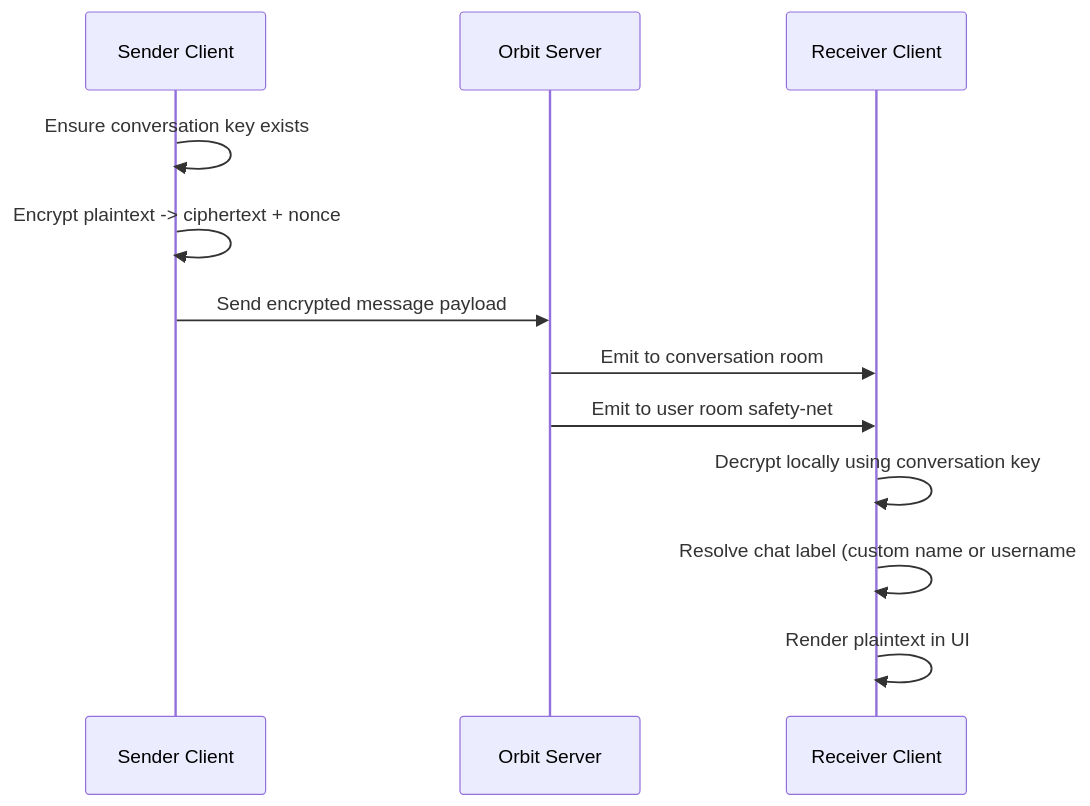
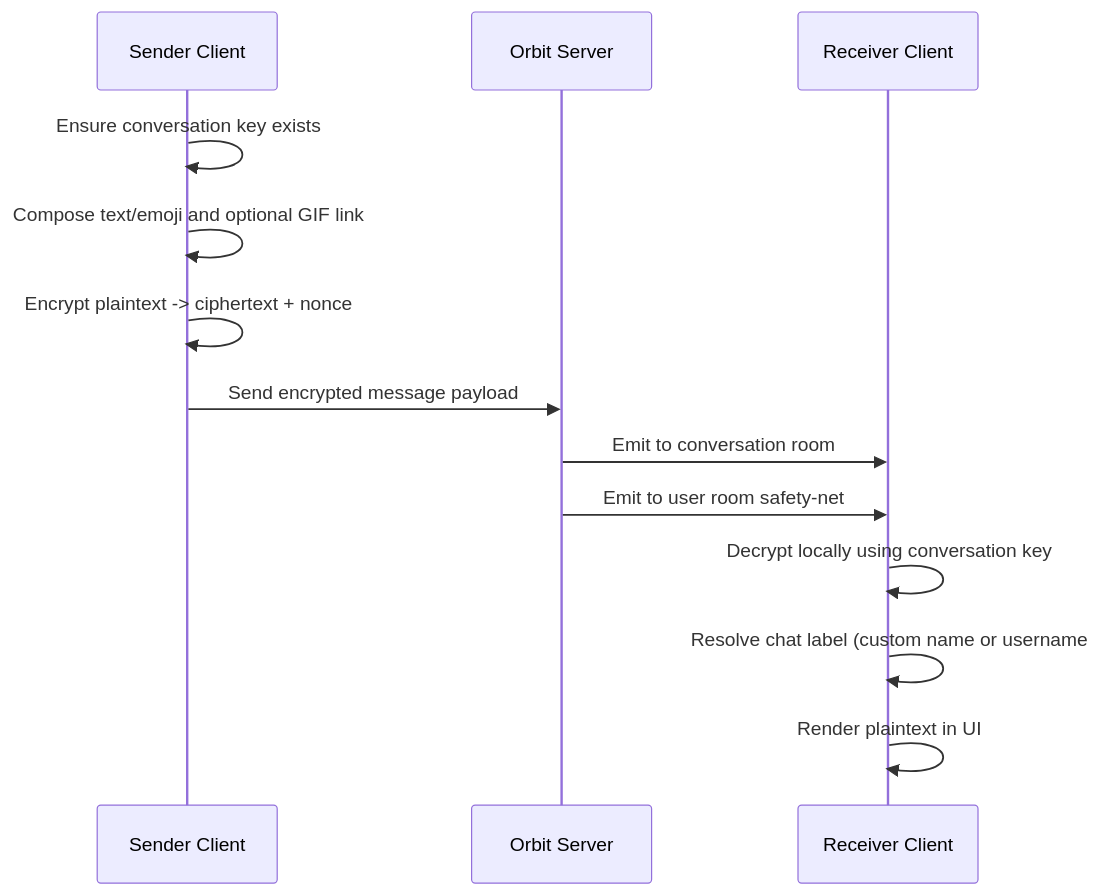
One commit to orbit-chat/orbit-chat changed the second of 5 diagrams in README.md. Above: the diagram before and after it, drawn with Mermaid. The commit also changed other lines of this file and 1 other file, not shown here.

Commit message:
feat: update README and App component for GIF search integration and presence management

````diff
--- a/README.md
+++ b/README.md
@@ -156,15 +168,16 @@
 ```mermaid
 sequenceDiagram
 	participant S as Sender Client
 	participant API as Orbit Server
 	participant R as Receiver Client
 
 	S->>S: Ensure conversation key exists
+	S->>S: Compose text/emoji and optional GIF link
 	S->>S: Encrypt plaintext -> ciphertext + nonce
 	S->>API: Send encrypted message payload
 	API->>R: Emit to conversation room
 	API->>R: Emit to user room safety-net
 	R->>R: Decrypt locally using conversation key
 	R->>R: Resolve chat label (custom name or username#chatId)
 	R->>R: Render plaintext in UI
 ```
````
